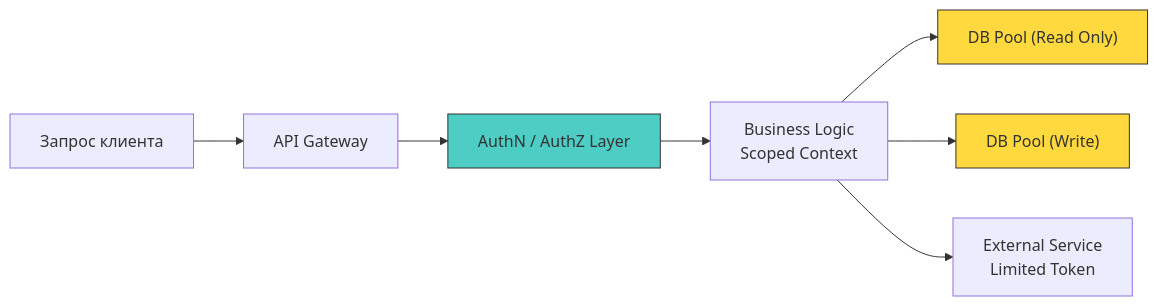
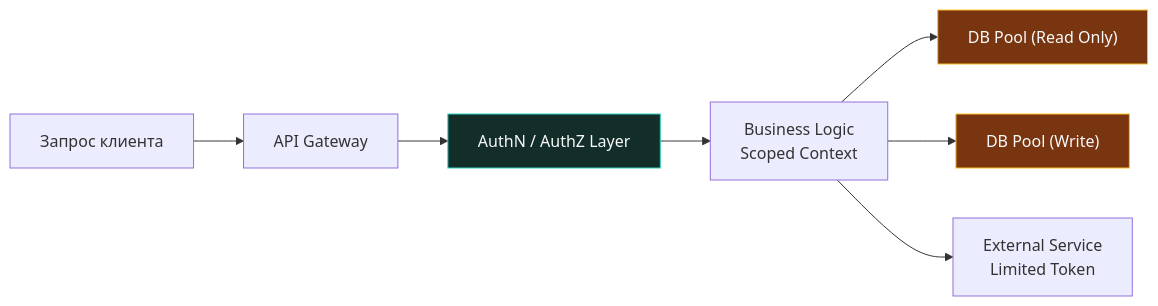
One commit to UnrealTemplier/go-textbook changed the first of 2 diagrams in sources/17. Безопасность (AppSec в Go)/01. Фундамент/5. Принцип наименьших привилегий.md. Above: the diagram before and after it, drawn with Mermaid. The commit also changed other lines of this file and 310 other files, not shown here.

First line of the commit message:
fix(mermaid): replace light fill colors with dark palette for readability on dark theme

````diff
--- a/sources/17. Безопасность (AppSec в Go)/01. Фундамент/5. Принцип наименьших привилегий.md
+++ b/sources/17. Безопасность (AppSec в Go)/01. Фундамент/5. Принцип наименьших привилегий.md
@@ -16,13 +16,13 @@
 ```mermaid
 flowchart LR
     A["Запрос клиента"] --> B["API Gateway"]
     B --> C["AuthN / AuthZ Layer"]
     C --> D["Business Logic<br>Scoped Context"]
     D --> E["DB Pool (Read Only)"]
     D --> F["DB Pool (Write)"]
     D --> G["External Service<br>Limited Token"]
     
-    style C fill:#4ecdc4,stroke:#333
-    style E fill:#ffd93d,stroke:#333
-    style F fill:#ffd93d,stroke:#333
+    style C fill:#132d29,stroke:#2dd4bf,color:#f8fafc
+    style E fill:#78350f,stroke:#fbbf24,color:#f8fafc
+    style F fill:#78350f,stroke:#fbbf24,color:#f8fafc
 ```
````
